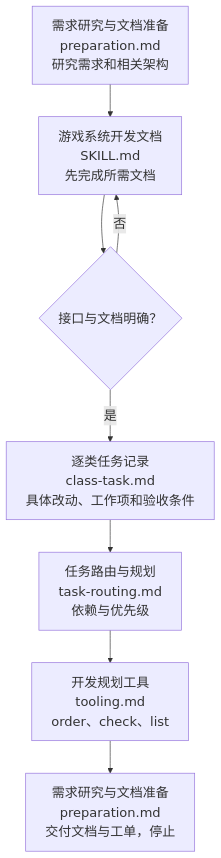
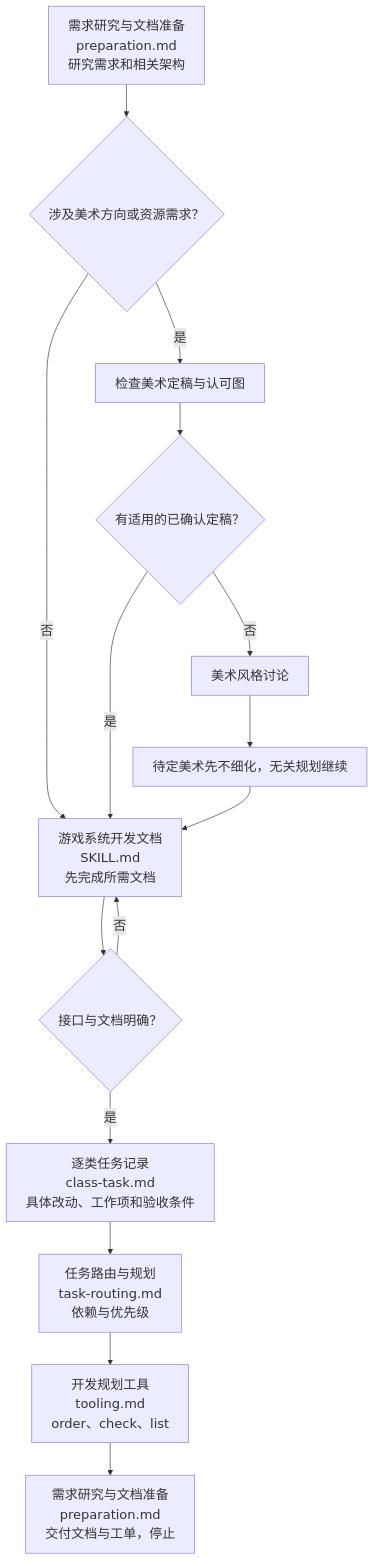
The diagram in game-system-development-planning/SKILL.md (229196637/game-development-skills), drawn with Mermaid before and after one commit. The commit also changed other lines of this file and 55 other files, not shown here.

Commit message:
Add game art style discussion and confirmed direction handoff

````diff
--- a/game-system-development-planning/SKILL.md
+++ b/game-system-development-planning/SKILL.md
@@ -16,17 +16,26 @@
 ```mermaid
 %%{init: {"themeVariables": {"fontSize": "20px"}, "flowchart": {"wrappingWidth": 340}}}%%
 flowchart TD
-  Research["需求研究与文档准备<br/>preparation.md<br/>研究需求和相关架构"] --> Docs["游戏系统开发文档<br/>SKILL.md<br/>先完成所需文档"]
+  Research["需求研究与文档准备<br/>preparation.md<br/>研究需求和相关架构"] --> ArtNeed{涉及美术方向或资源需求？}
+  ArtNeed -->|否| Docs["游戏系统开发文档<br/>SKILL.md<br/>先完成所需文档"]
+  ArtNeed -->|是| Direction[检查美术定稿与认可图]
+  Direction --> ArtReady{有适用的已确认定稿？}
+  ArtReady -->|是| Docs
+  ArtReady -->|否| ArtTalk[美术风格讨论]
+  ArtTalk --> Split[待定美术先不细化，无关规划继续]
+  Split --> Docs
   Docs --> Ready{"接口与文档明确？"}
   Ready -->|否| Docs
   Ready -->|是| Task["逐类任务记录<br/>class-task.md<br/>具体改动、工作项和验收条件"]
   Task --> Route["任务路由与规划<br/>task-routing.md<br/>依赖与优先级"]
   Route --> Check["开发规划工具<br/>tooling.md<br/>order、check、list"]
   Check --> Deliver["需求研究与文档准备<br/>preparation.md<br/>交付文档与工单，停止"]
   click Research "references/workflows/preparation.md"
+  click Direction "../game-art-style-discussion/references/tooling.md"
+  click ArtTalk "../game-art-style-discussion/SKILL.md"
   click Docs "../game-system-development-documentation/SKILL.md"
   click Task "references/contracts/class-task.md"
   click Route "references/workflows/task-routing.md"
   click Check "references/tooling.md"
   click Deliver "references/workflows/preparation.md"
 ```
````
